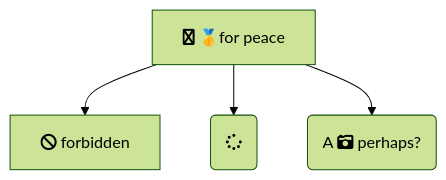
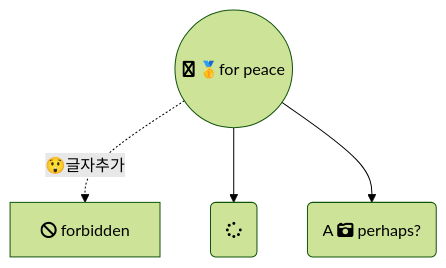
Before and after one commit to s8st/s8st: the first of 3 diagrams in README.md, drawn with Mermaid (forest theme).

````diff
--- a/README.md
+++ b/README.md
@@ -36,8 +36,8 @@
 ```mermaid
 flowchart TD
-    B["fa:fa-twitter 🥇for peace"]
-    B-->C[fa:fa-ban forbidden]
+    B(("fa:fa-twitter 🥇for peace"))
+    B-.->|😲글자추가|C[fa:fa-ban forbidden]
     B-->D(fa:fa-spinner)
     B-->E(A fa:fa-camera-retro perhaps?)
 
 ```
````
